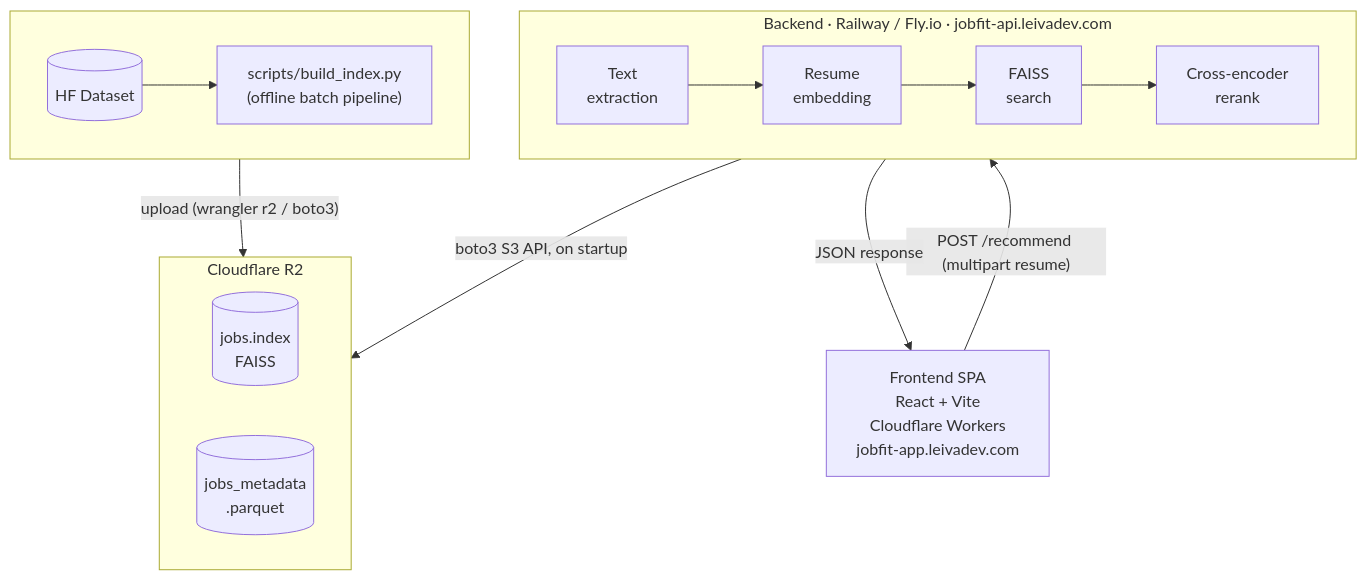
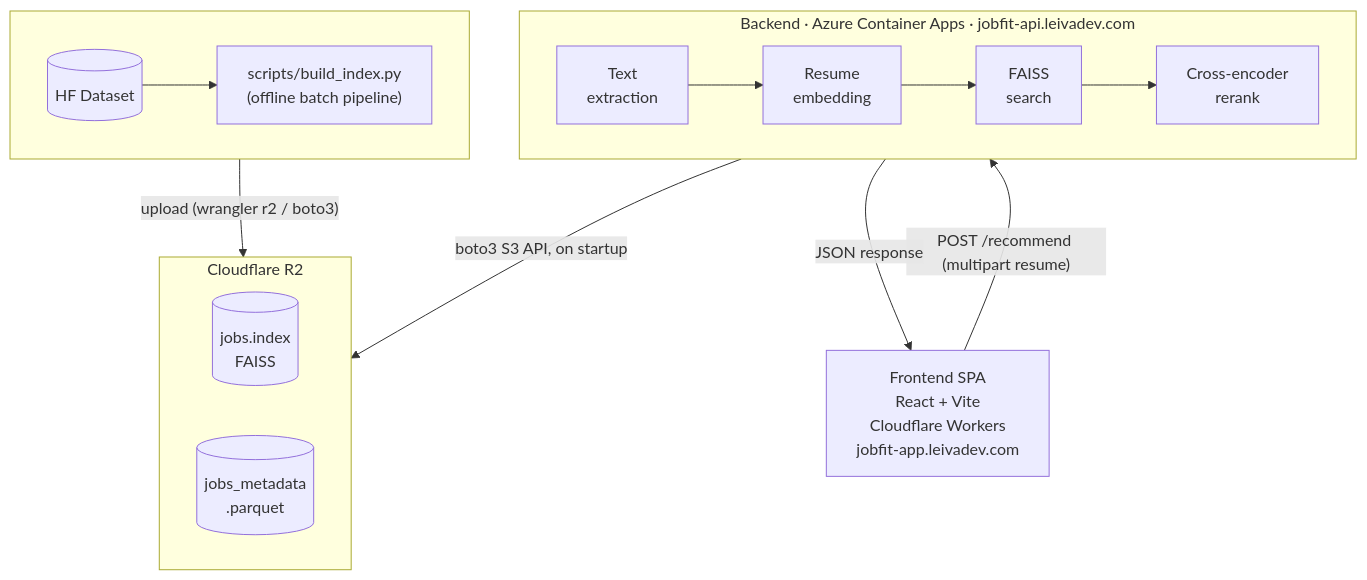
One commit to leivadev/jobfit changed the diagram in README.md. Above: the diagram before and after it, drawn with Mermaid. The commit also changed other lines of this file and 2 other files, not shown here.

Commit message:
fix(docs): update backend deployment references from Railway/Fly.io to Azure Container Apps

````diff
--- a/README.md
+++ b/README.md
@@ -11,25 +11,25 @@
 ```mermaid
 flowchart TD
     subgraph Offline[" "]
         direction LR
         HF[("HF Dataset")] --> PIPE["scripts/build_index.py\n(offline batch pipeline)"]
     end
 
     subgraph R2["Cloudflare R2"]
         direction LR
         IDX[("jobs.index\nFAISS")]
         META[("jobs_metadata\n.parquet")]
     end
 
-    subgraph Backend["Backend · Railway / Fly.io · jobfit-api.leivadev.com"]
+    subgraph Backend["Backend · Azure Container Apps · jobfit-api.leivadev.com"]
         direction LR
         EX["Text\nextraction"] --> EMB["Resume\nembedding"] --> SEARCH["FAISS\nsearch"] --> RERANK["Cross-encoder\nrerank"]
     end
 
     FE["Frontend SPA\nReact + Vite\nCloudflare Workers\njobfit-app.leivadev.com"]
 
     PIPE -- "upload (wrangler r2 / boto3)" --> R2
     Backend -- "boto3 S3 API, on startup" --> R2
     FE -- "POST /recommend (multipart resume)" --> Backend
     Backend -- "JSON response" --> FE
 ```
````
